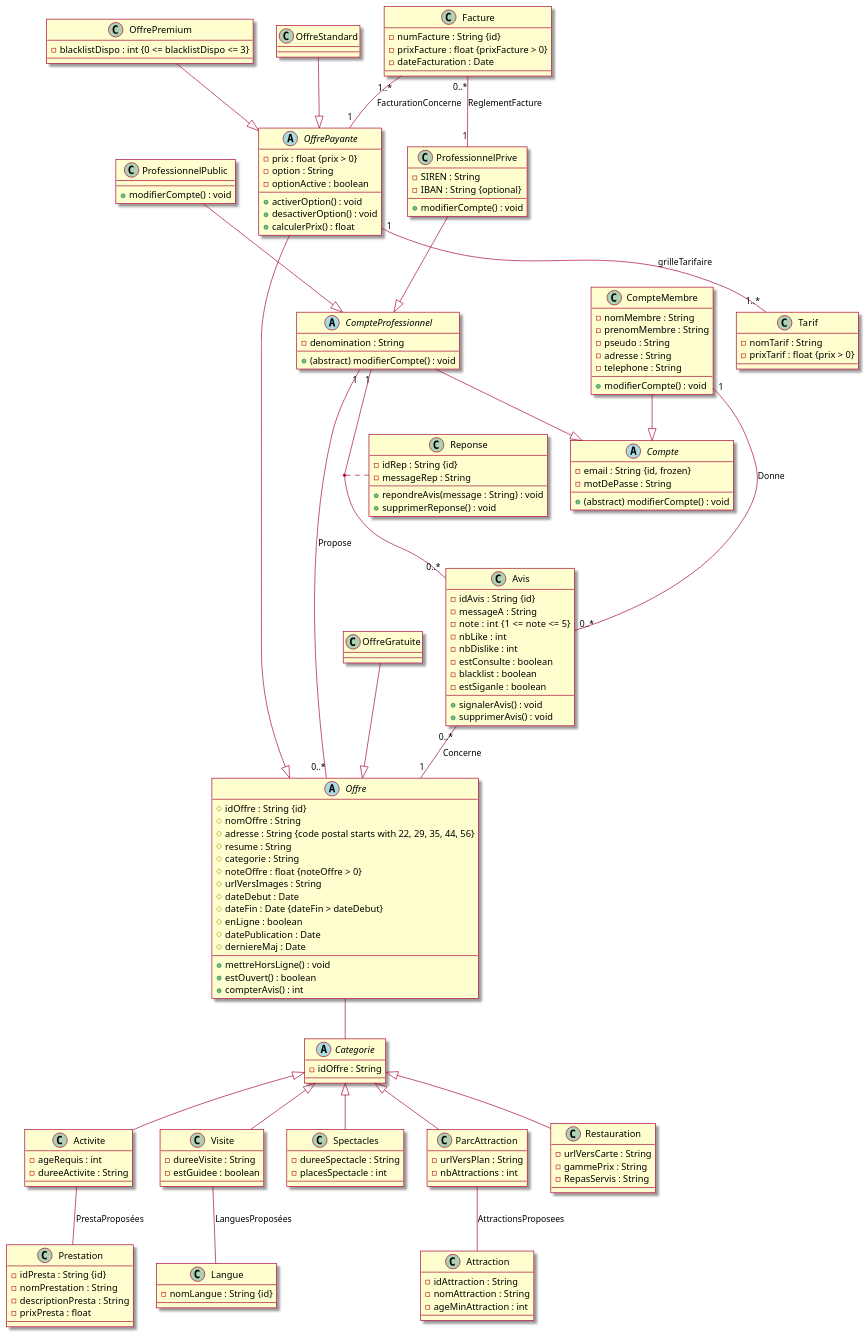
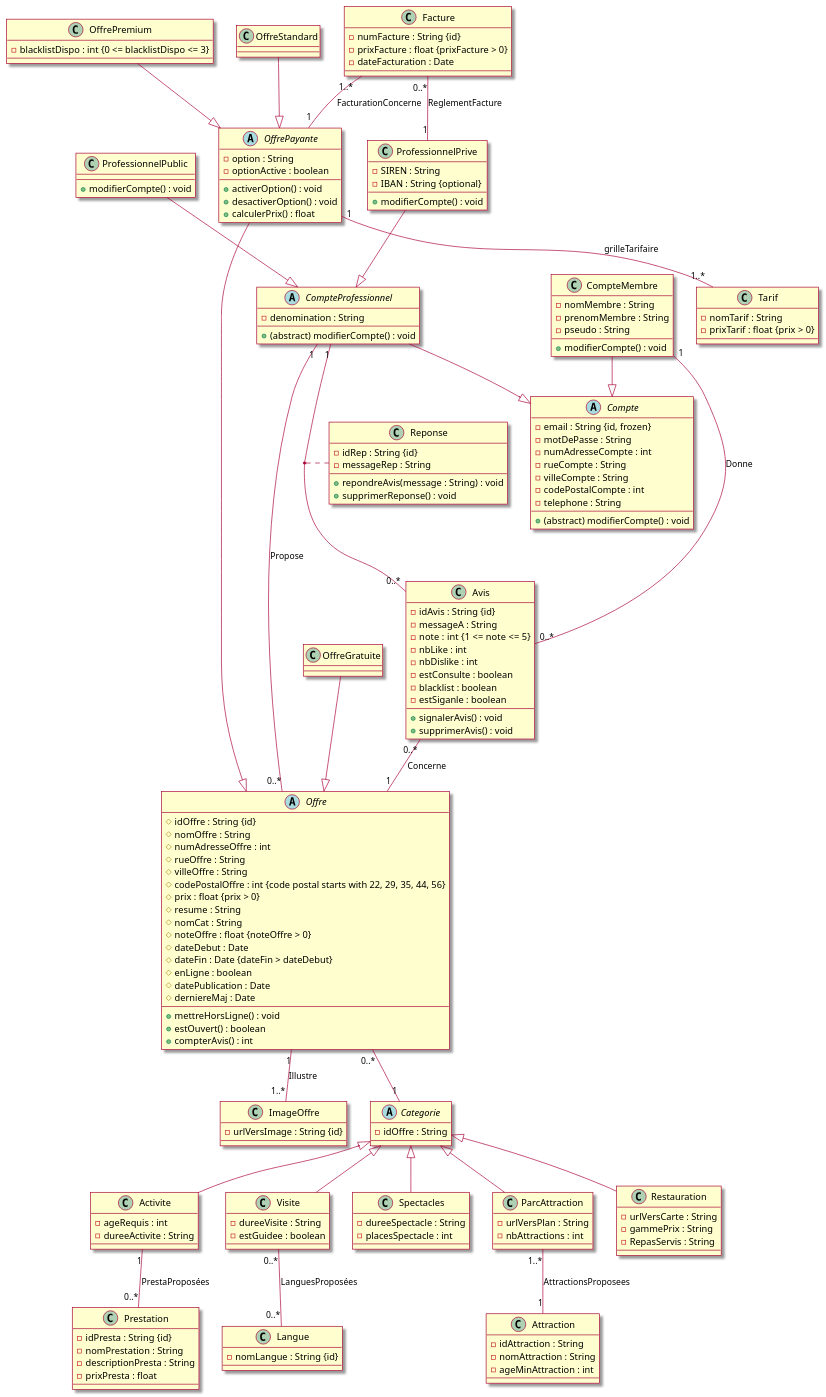
Before and after one commit to ArianeGL/c1.2-srfc: the diagram in bdd/uml.puml, drawn with PlantUML.

Commit message:
added multiplicity to Category; decomposed adresses; change offer images handling; change attributes of 'Compte'

```diff
--- a/bdd/uml.puml
+++ b/bdd/uml.puml
@@ -1,187 +1,198 @@
 @startuml
 
 skin rose
 
 abstract class Compte {
   - email : String {id, frozen}
   - motDePasse : String
+  - numAdresseCompte : int
+  - rueCompte : String
+  - villeCompte : String
+  - codePostalCompte : int
+  - telephone : String
   +(abstract) modifierCompte() : void
 }
 
 class CompteMembre {
   - nomMembre : String
   - prenomMembre : String
   - pseudo : String
-  - adresse : String
-  - telephone : String
   + modifierCompte() : void
 }
 
 
 abstract class CompteProfessionnel {
   - denomination : String
   + (abstract) modifierCompte() : void
 }
 
 class ProfessionnelPrive {
   - SIREN : String
   - IBAN : String {optional}
   + modifierCompte() : void
 }
 
 class ProfessionnelPublic {
   + modifierCompte() : void
 }
 
 ProfessionnelPublic --|> CompteProfessionnel
 ProfessionnelPrive --|> CompteProfessionnel
 
 CompteMembre --|> Compte
 CompteProfessionnel --|> Compte
 
 abstract class Offre {
   # idOffre : String {id}
   # nomOffre : String
-  # adresse : String {code postal starts with 22, 29, 35, 44, 56}
+  # numAdresseOffre : int
+  # rueOffre : String
+  # villeOffre : String
+  # codePostalOffre : int {code postal starts with 22, 29, 35, 44, 56}
+  # prix : float {prix > 0}
   # resume : String
-  # categorie : String
+  # nomCat : String
   # noteOffre : float {noteOffre > 0}
-  # urlVersImages : String
   # dateDebut : Date
   # dateFin : Date {dateFin > dateDebut}
   # enLigne : boolean
   # datePublication : Date
   # derniereMaj : Date
   + mettreHorsLigne() : void
   + estOuvert() : boolean
   + compterAvis() : int
 }
+
+class ImageOffre {
+  - urlVersImage : String {id}
+}
+
+Offre "1" -- "1..*" ImageOffre: Illustre
 
 abstract class Categorie {
   - idOffre : String
 }
 
 class Activite{
   - ageRequis : int
   - dureeActivite : String
 }
 
 class Prestation {
   - idPresta : String {id}
   - nomPrestation : String
   - descriptionPresta : String
   - prixPresta : float
 }
 
-Activite -- Prestation : PrestaProposées
+Activite "1" -- "0..*" Prestation : PrestaProposées
 
 class Visite {
   - dureeVisite : String
   - estGuidee : boolean
 }
 
 class Langue {
   - nomLangue : String {id}
 }
 
-Visite -- Langue : LanguesProposées
+Visite "0..*" -- "0..*" Langue : LanguesProposées
 
 class Spectacles {
   - dureeSpectacle : String
   - placesSpectacle : int
   
 }
 
 class ParcAttraction {
   - urlVersPlan : String
   - nbAttractions : int
 }
 
 class Attraction {
   - idAttraction : String
   - nomAttraction : String
   - ageMinAttraction : int
 }
 
-ParcAttraction -- Attraction : AttractionsProposees
+ParcAttraction "1..*" -- "1" Attraction : AttractionsProposees
 
 class Restauration {
   - urlVersCarte : String
   - gammePrix : String
   - RepasServis : String
 }
 
 Categorie <|-- Activite
 Categorie <|-- Visite
 Categorie <|-- Spectacles
 Categorie <|-- ParcAttraction
 Categorie <|-- Restauration
 
-Offre -- Categorie
+Offre "0..*" -- "1" Categorie
 
 abstract class OffrePayante {
-  - prix : float {prix > 0}
   - option : String
   - optionActive : boolean
   + activerOption() : void
   + desactiverOption() : void
   + calculerPrix() : float
 }
 
 class Tarif {
   - nomTarif : String
   - prixTarif : float {prix > 0}
 }
 
 OffrePayante "1" -- "1..*" Tarif : grilleTarifaire
 
 class OffreGratuite
 
 class OffrePremium {
   - blacklistDispo : int {0 <= blacklistDispo <= 3}
 }
 
 class OffreStandard
 OffrePayante --|> Offre
 OffreStandard --|> OffrePayante
 OffrePremium --|> OffrePayante
 OffreGratuite --|> Offre
 
 
 class Avis {
   - idAvis : String {id}
   - messageA : String
   - note : int {1  <= note <= 5}
   - nbLike : int
   - nbDislike : int
   - estConsulte : boolean
   - blacklist : boolean
   - estSiganle : boolean
   + signalerAvis() : void
   + supprimerAvis() : void
 }
 
 class Reponse {
   - idRep : String {id}
   - messageRep : String
   + repondreAvis(message : String) : void
   + supprimerReponse() : void
 }
 
 CompteProfessionnel "1" -- "0..*" Offre : Propose
 CompteMembre "1" -- "0..*" Avis : Donne
 Avis "0..*" -- "1" Offre : Concerne
 
 CompteProfessionnel "1" -- "0..*" Avis
 (CompteProfessionnel, Avis) .. Reponse
 
 class Facture {
   - numFacture : String {id}
   - prixFacture : float {prixFacture > 0}
   - dateFacturation : Date
 }
 
 Facture "1..*" -- "1" OffrePayante: FacturationConcerne
 Facture "0..*" -- "1" ProfessionnelPrive : ReglementFacture
 
 @enduml
```
